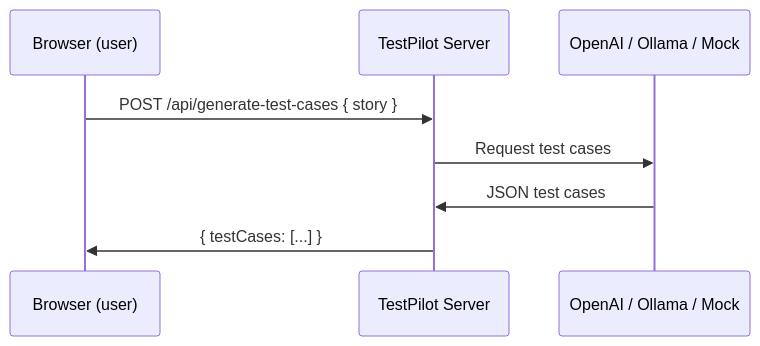
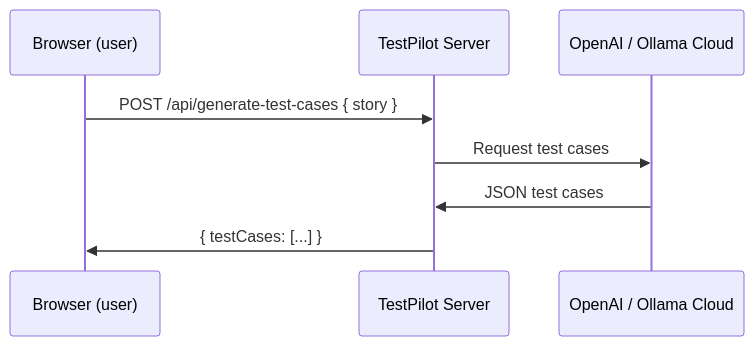
Before and after one commit to IbanjaraaSoul/TestPilot: the third of 5 diagrams in ARCHITECTURE.md, drawn with Mermaid. The commit also changed other lines of this file and 8 other files, not shown here.

First line of the commit message:
Cloud-only LLM generation, stricter Playwright runner, dev scripts without local Ollama

````diff
--- a/ARCHITECTURE.md
+++ b/ARCHITECTURE.md
@@ -67,11 +65,11 @@
 ```mermaid
 sequenceDiagram
     participant U as Browser (user)
     participant S as TestPilot Server
-    participant AI as OpenAI / Ollama / Mock
+    participant AI as OpenAI / Ollama Cloud
 
     U->>S: POST /api/generate-test-cases { story }
     S->>AI: Request test cases
     AI->>S: JSON test cases
     S->>U: { testCases: [...] }
 ```
````
